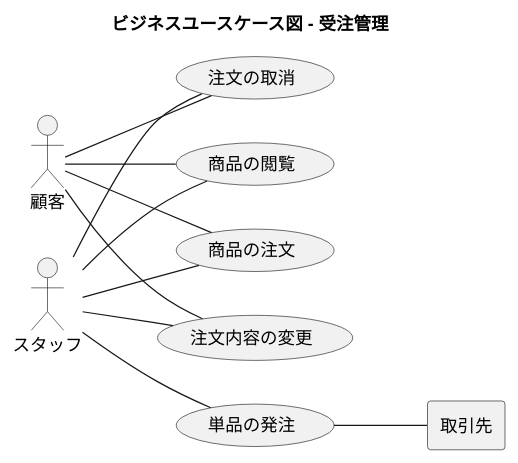
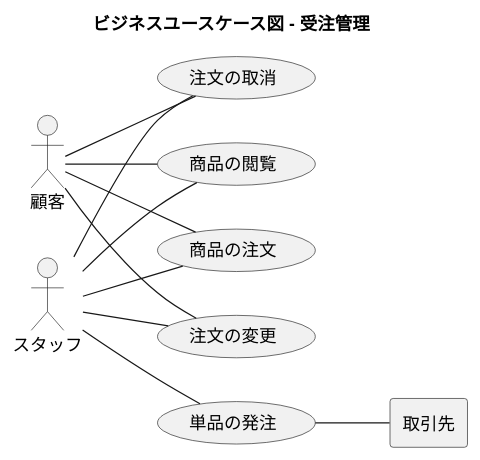
The sixth of 28 diagrams in docs/index.adoc (k2works/application_programing_excercise_2022), drawn with PlantUML before and after one commit. The commit also changed other lines of this file, not shown here.

Commit message:
docs: ユースケース複合図

```diff
--- a/docs/index.adoc
+++ b/docs/index.adoc
@@ -252,35 +252,35 @@
 [plantuml]
 ----
 @startuml
 
 title ビジネスユースケース図 - 受注管理
 
 left to right direction
 
 actor 顧客 as ac_01
 actor スタッフ as ac_02
 agent 取引先 as ag_01
 
 usecase 商品の閲覧 as uc_01
 usecase 商品の注文 as uc_02
 usecase 単品の発注 as uc_03
-usecase 注文内容の変更 as uc_04
+usecase 注文の変更 as uc_04
 usecase 注文の取消 as uc_05
 
 ac_01 -- (uc_01)
 ac_01 -- (uc_02)
 
 ac_02 -- (uc_01)
 ac_02 -- (uc_02)
 
 ac_02 -- (uc_03)
 (uc_03) -- ag_01
 
 ac_01 -- (uc_04)
 ac_02 -- (uc_04)
 
 ac_01 -- (uc_05)
 ac_02 -- (uc_05)
 
 @enduml
 ----
```
